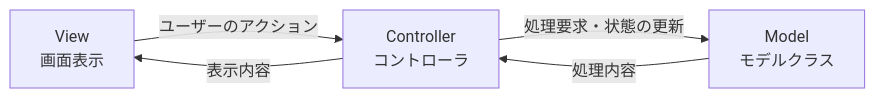
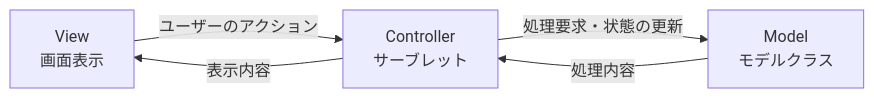
One commit to SuzuzukiKeisuke/suzuki-blackjack_2025 changed the diagram in 資料.md. Above: the diagram before and after it, drawn with Mermaid. The commit also changed other lines of this file and 1 other file, not shown here.

````diff
--- a/資料.md
+++ b/資料.md
@@ -3,14 +3,14 @@
 ```mermaid
 flowchart LR
 
   %% MVCモデルの話
   V[View<br>画面表示]
-  C[Controller<br>コントローラ]
+  C[Controller<br>サーブレット]
   M[Model<br>モデルクラス]
 
   V -->|ユーザーのアクション| C
   C -->|表示内容| V
   C -->|処理要求・状態の更新| M
   M -->|処理内容| C
 
 ```
````
